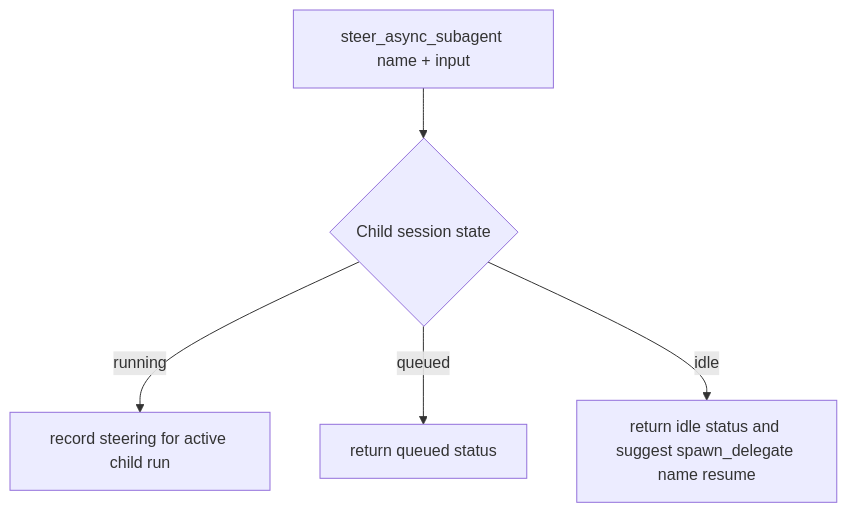
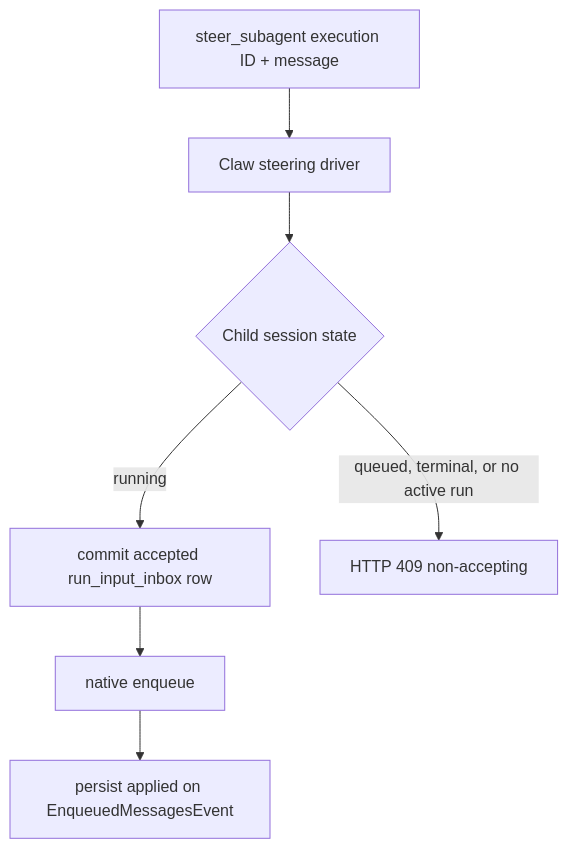
The third of 4 diagrams in packages/ya-claw/spec/07-async-subagents.md (Wh1isper/ya-agent-sdk), drawn with Mermaid before and after one commit. The commit also changed other lines of this file and 446 other files, not shown here.

````diff
--- a/packages/ya-claw/spec/07-async-subagents.md
+++ b/packages/ya-claw/spec/07-async-subagents.md
@@ -205,7 +283,9 @@
 ```mermaid
 flowchart TD
-    I[steer_async_subagent name + input] --> S{Child session state}
-    S -->|running| R[record steering for active child run]
-    S -->|queued| Q[return queued status]
-    S -->|idle| C[return idle status and suggest spawn_delegate name resume]
+    I[steer_subagent execution ID + message] --> D[Claw steering driver]
+    D --> S{Child session state}
+    S -->|running| R[commit accepted run_input_inbox row]
+    R --> N[native enqueue]
+    N --> A[persist applied on EnqueuedMessagesEvent]
+    S -->|queued, terminal, or no active run| X[HTTP 409 non-accepting]
 ```
````
